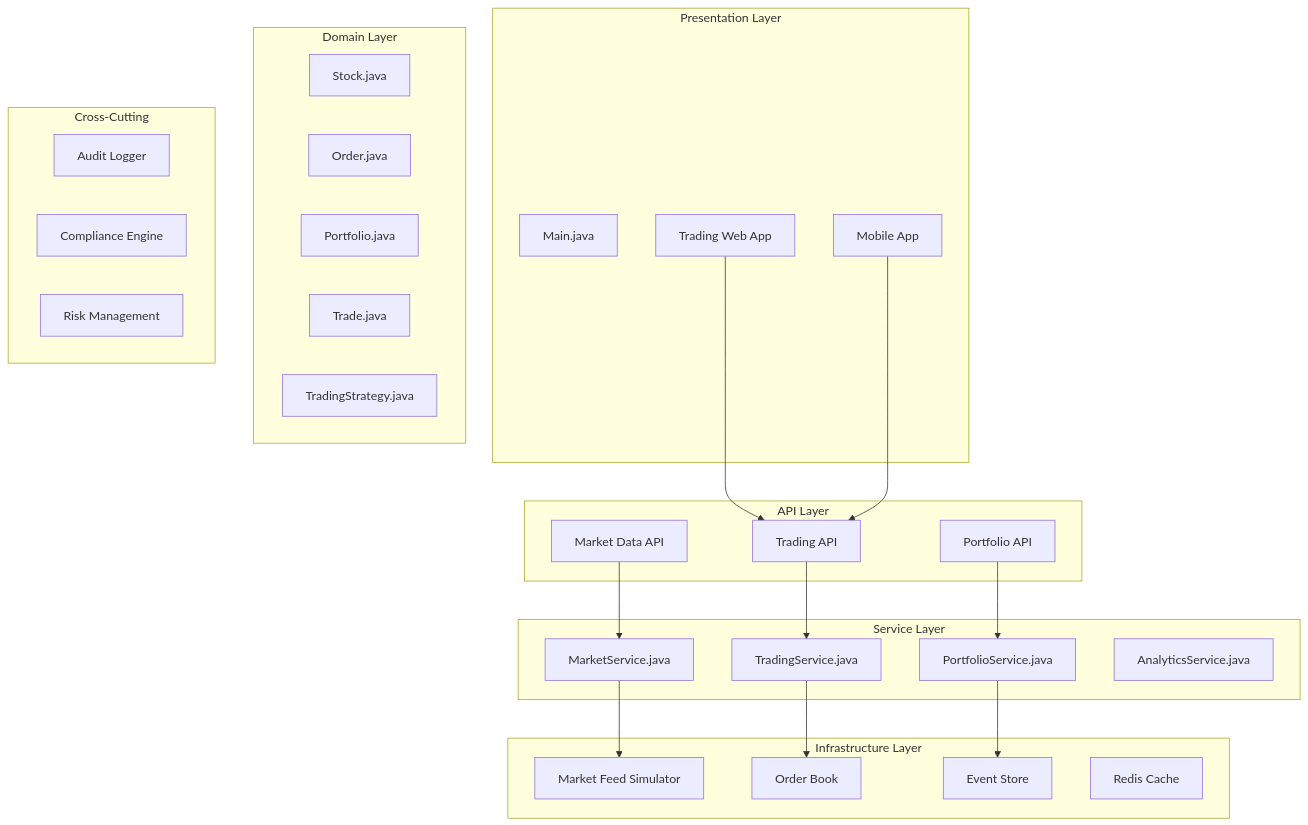
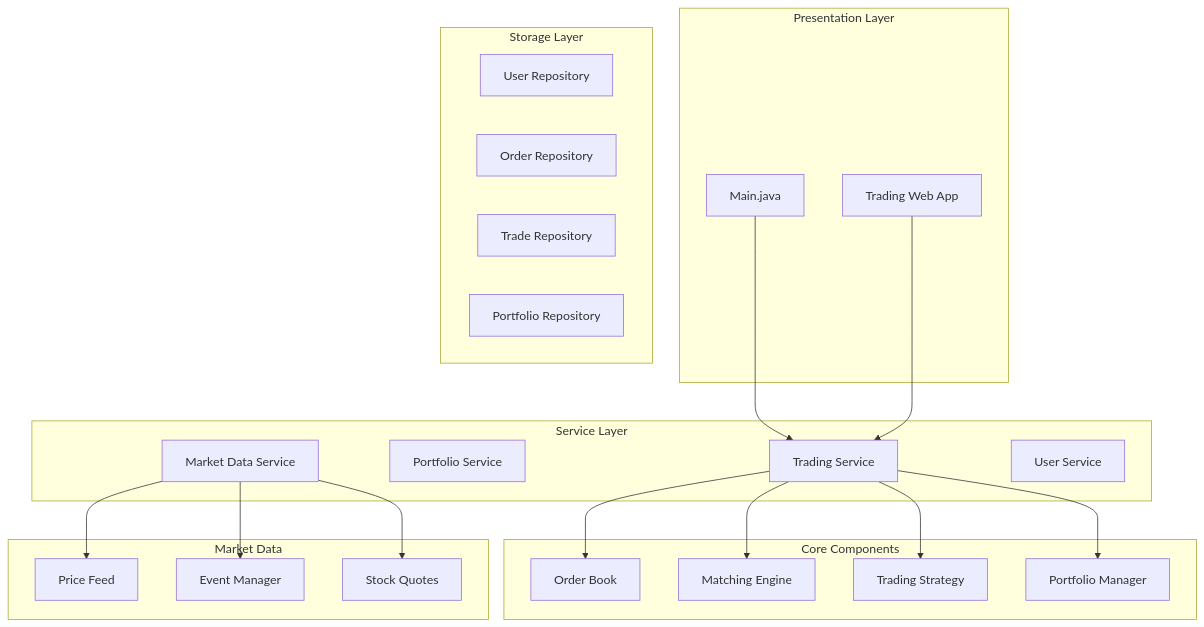
One commit to javaengineeringacademy/java-engineering-academy changed the first of 2 diagrams in 01-programming-languages/Java/02-oop/33-mini-projects/enterprise/trading-platform/README.md. Above: the diagram before and after it, drawn with Mermaid. The commit also changed other lines of this file and 48 other files, not shown here.

First line of the commit message:
fix: final polish for 10/10 - split long READMEs, fix duplicates, add diagrams

````diff
--- a/01-programming-languages/Java/02-oop/33-mini-projects/enterprise/trading-platform/README.md
+++ b/01-programming-languages/Java/02-oop/33-mini-projects/enterprise/trading-platform/README.md
@@ -46,51 +46,44 @@
 ```mermaid
 graph TB
     subgraph Presentation Layer
         Main[Main.java]
         WebApp[Trading Web App]
-        MobileApp[Mobile App]
-    end
-    
-    subgraph API Layer
-        MarketAPI[Market Data API]
-        TradingAPI[Trading API]
-        PortfolioAPI[Portfolio API]
     end
     
     subgraph Service Layer
-        MS[MarketService.java]
-        TS[TradingService.java]
-        PS[PortfolioService.java]
-        AS[AnalyticsService.java]
+        TradingService[Trading Service]
+        PortfolioService[Portfolio Service]
+        MarketService[Market Data Service]
+        UserService[User Service]
     end
     
-    subgraph Domain Layer
-        Stock[Stock.java]
-        Order[Order.java]
-        Portfolio[Portfolio.java]
-        Trade[Trade.java]
-        Strategy[TradingStrategy.java]
+    subgraph Core Components
+        OrderBook[Order Book]
+        MatchingEngine[Matching Engine]
+        TradingStrategy[Trading Strategy]
+        Portfolio[Portfolio Manager]
     end
     
-    subgraph Infrastructure Layer
-        MarketFeed[Market Feed Simulator]
-        OrderBook[Order Book]
-        EventStore[Event Store]
-        Cache[Redis Cache]
+    subgraph Market Data
+        PriceFeed[Price Feed]
+        MarketEventManager[Event Manager]
+        StockQuote[Stock Quotes]
     end
     
-    subgraph Cross-Cutting
-        Audit[Audit Logger]
-        Compliance[Compliance Engine]
-        Risk[Risk Management]
+    subgraph Storage Layer
+        UserRepository[User Repository]
+        OrderRepository[Order Repository]
+        TradeRepository[Trade Repository]
+        PortfolioRepository[Portfolio Repository]
     end
     
-    WebApp --> TradingAPI
-    MobileApp --> TradingAPI
-    TradingAPI --> TS
-    MarketAPI --> MS
-    PortfolioAPI --> PS
-    TS --> OrderBook
-    MS --> MarketFeed
-    PS --> EventStore
+    Main --> TradingService
+    WebApp --> TradingService
+    TradingService --> OrderBook
+    TradingService --> MatchingEngine
+    TradingService --> TradingStrategy
+    TradingService --> Portfolio
+    MarketService --> PriceFeed
+    MarketService --> MarketEventManager
+    MarketService --> StockQuote
 ```
````
